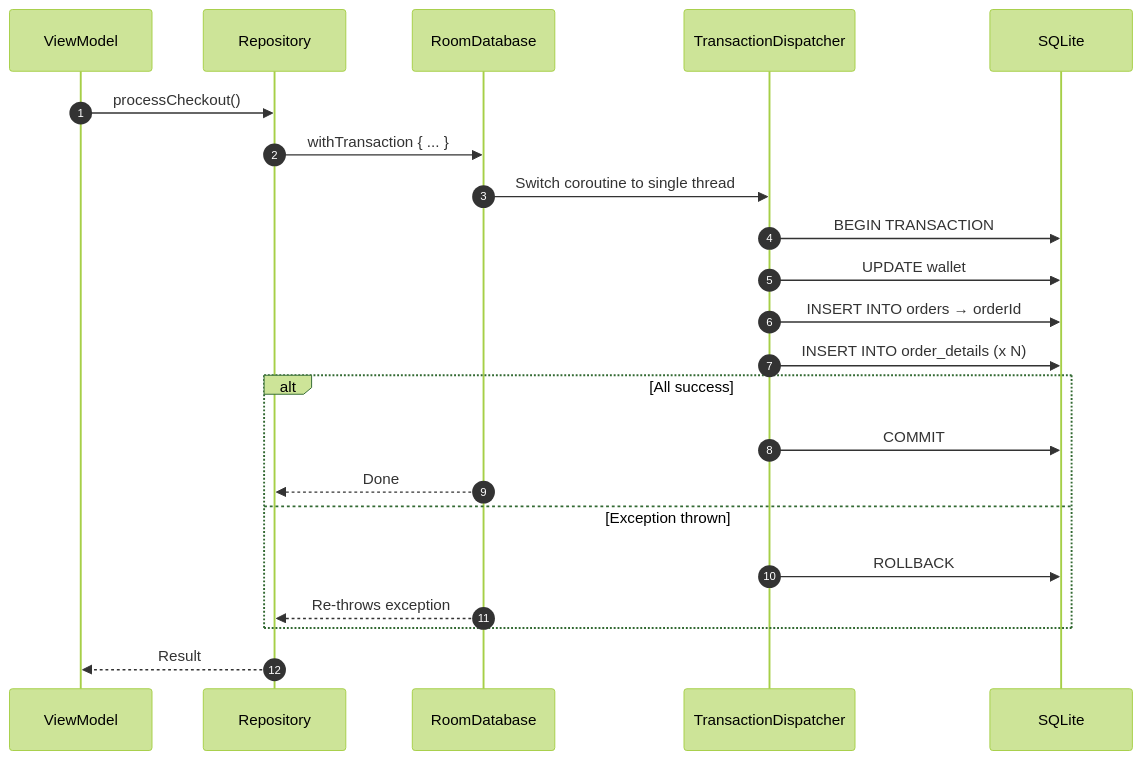
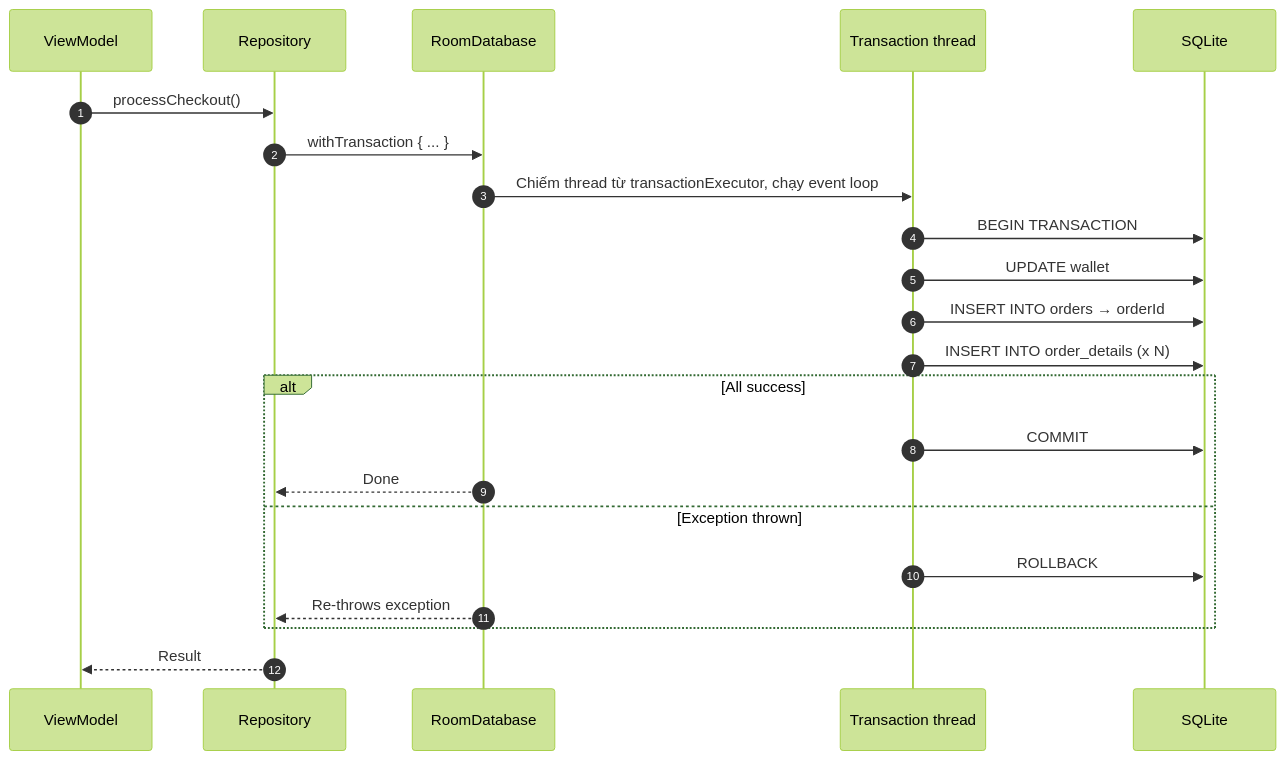
Before and after one commit to h1eu/knowledge: the second of 5 diagrams in knowledge/android/docs/session_05/data_store/room_transactions.md, drawn with Mermaid (forest theme). The commit also changed other lines of this file and 76 other files, not shown here.

First line of the commit message:
docs(android): add Compose Overview, fix S01–S05 facts and diagrams

````diff
--- a/knowledge/android/docs/session_05/data_store/room_transactions.md
+++ b/knowledge/android/docs/session_05/data_store/room_transactions.md
@@ -158,25 +177,25 @@
 ```mermaid
 sequenceDiagram
     autonumber
     participant VM as ViewModel
     participant Repo as Repository
     participant DB as RoomDatabase
-    participant Trans as TransactionDispatcher
+    participant Trans as Transaction thread
     participant SQLite as SQLite
 
     VM->>Repo: processCheckout()
     Repo->>DB: withTransaction { ... }
-    DB->>Trans: Switch coroutine to single thread
+    DB->>Trans: Chiếm thread từ transactionExecutor, chạy event loop
     Trans->>SQLite: BEGIN TRANSACTION
     Trans->>SQLite: UPDATE wallet
     Trans->>SQLite: INSERT INTO orders → orderId
     Trans->>SQLite: INSERT INTO order_details (x N)
     alt All success
         Trans->>SQLite: COMMIT
         DB-->>Repo: Done
     else Exception thrown
         Trans->>SQLite: ROLLBACK
         DB-->>Repo: Re-throws exception
     end
     Repo-->>VM: Result
 ```
````
